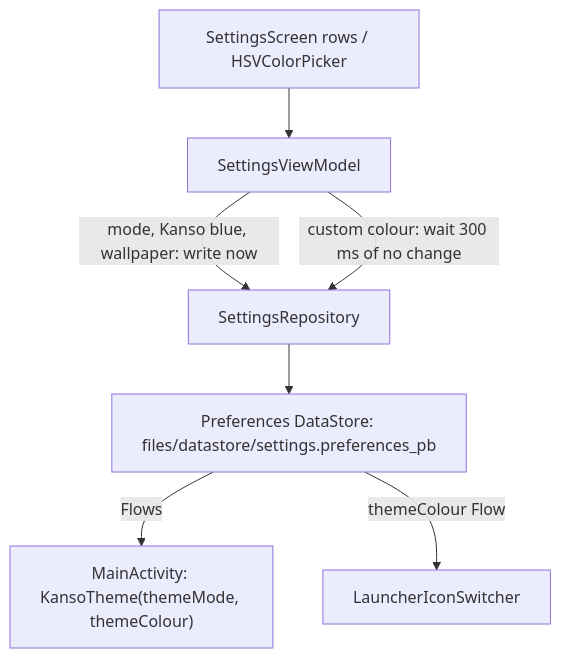
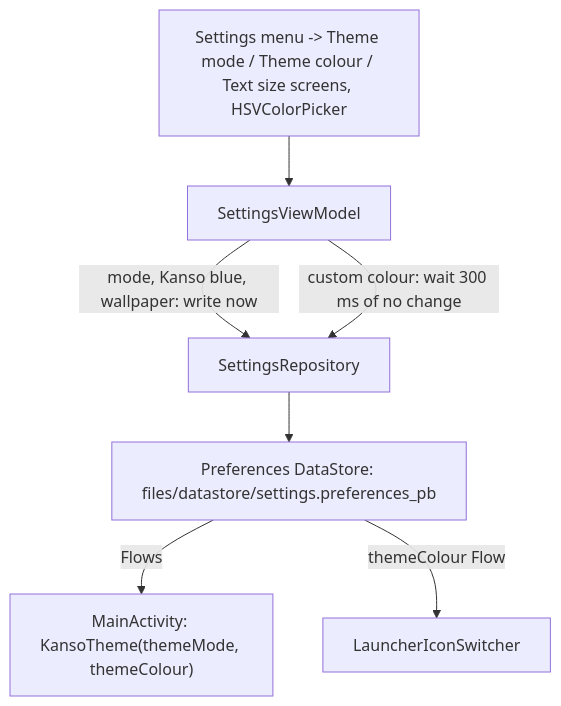
The diagram in docs/features/settings-and-theme.md (Phong-Kaster/Kanso), drawn with Mermaid before and after one commit. The commit also changed other lines of this file and 32 other files, not shown here.

First line of the commit message:
feat(settings): menu of three settings on their own screens; exact picked colour; own text size

````diff
--- a/docs/features/settings-and-theme.md
+++ b/docs/features/settings-and-theme.md
@@ -55,9 +68,9 @@
 ```mermaid
 flowchart TD
-    A["SettingsScreen rows / HSVColorPicker"] --> B["SettingsViewModel"]
+    A["Settings menu -> Theme mode / Theme colour / Text size screens, HSVColorPicker"] --> B["SettingsViewModel"]
     B -->|"mode, Kanso blue, wallpaper: write now"| R["SettingsRepository"]
     B -->|"custom colour: wait 300 ms of no change"| R
     R --> D["Preferences DataStore: files/datastore/settings.preferences_pb"]
     D -->|"Flows"| M["MainActivity: KansoTheme(themeMode, themeColour)"]
     D -->|"themeColour Flow"| L["LauncherIconSwitcher"]
 ```
````
